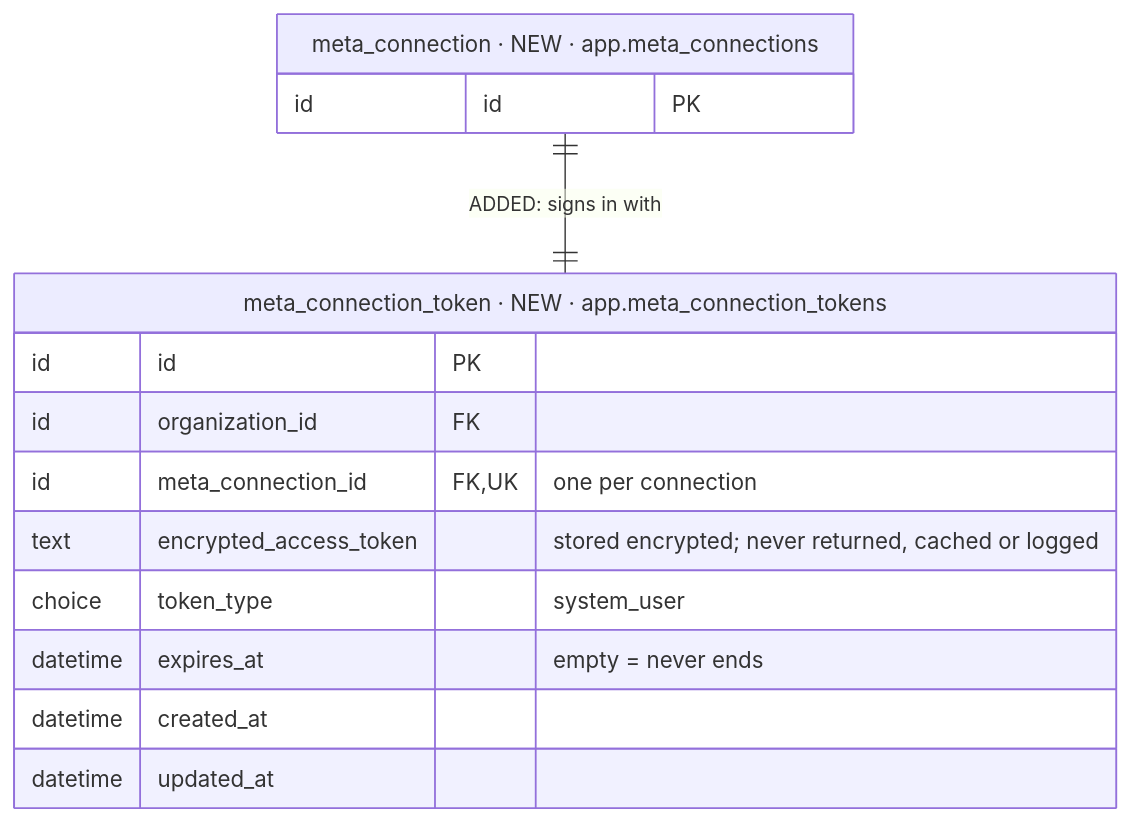
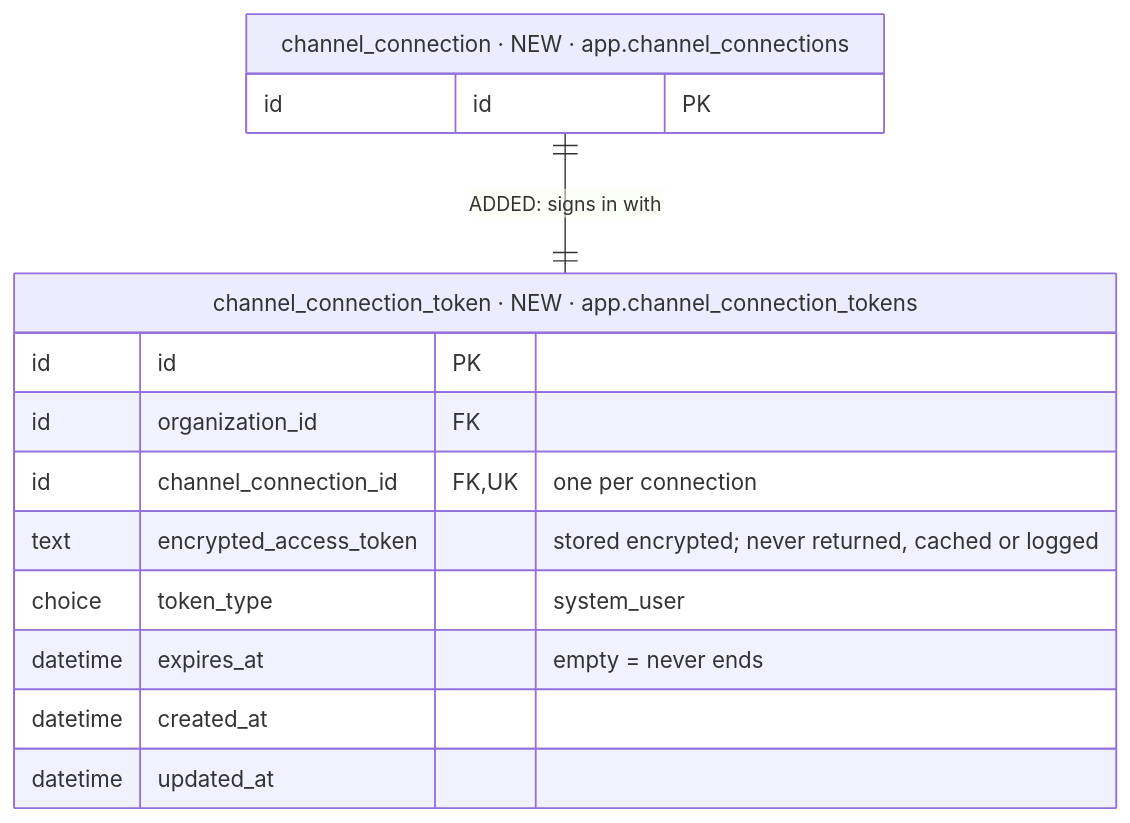
One commit to albetrios/meepzo-be changed the third of 40 diagrams in iterations/feat-instagram-dm-sending-2026-11-23-oxak/plans/db-changes.md. Above: the diagram before and after it, drawn with Mermaid. The commit also changed other lines of this file and 3 other files, not shown here.

````diff
--- a/iterations/feat-instagram-dm-sending-2026-11-23-oxak/plans/db-changes.md
+++ b/iterations/feat-instagram-dm-sending-2026-11-23-oxak/plans/db-changes.md
@@ -242,17 +277,17 @@
 ```mermaid
 erDiagram
-  meta_connection_token["meta_connection_token · NEW · app.meta_connection_tokens"] {
+  channel_connection_token["channel_connection_token · NEW · app.channel_connection_tokens"] {
     id id PK
     id organization_id FK
-    id meta_connection_id FK, UK "one per connection"
+    id channel_connection_id FK, UK "one per connection"
     text encrypted_access_token "stored encrypted; never returned, cached or logged"
     choice token_type "system_user"
     datetime expires_at "empty = never ends"
     datetime created_at
     datetime updated_at
   }
-  meta_connection["meta_connection · NEW · app.meta_connections"] {
+  channel_connection["channel_connection · NEW · app.channel_connections"] {
     id id PK
   }
-  meta_connection ||--|| meta_connection_token : "ADDED: signs in with"
+  channel_connection ||--|| channel_connection_token : "ADDED: signs in with"
 ```
````
